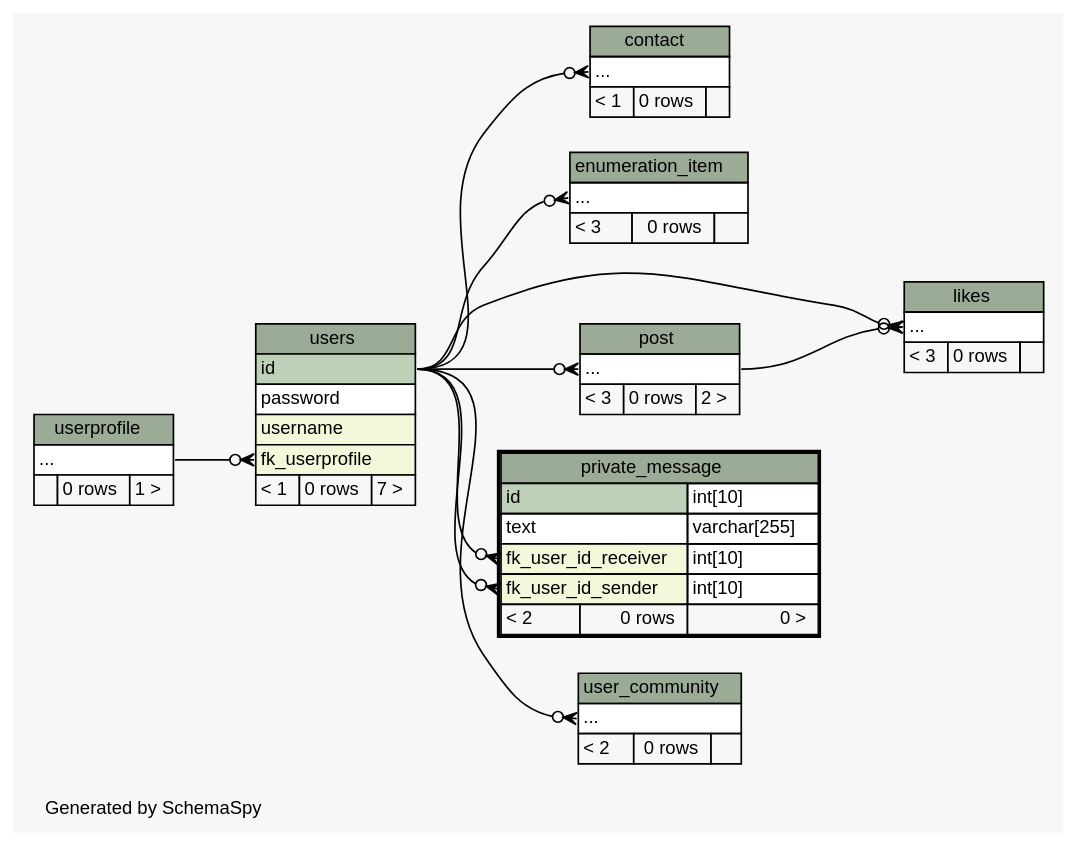
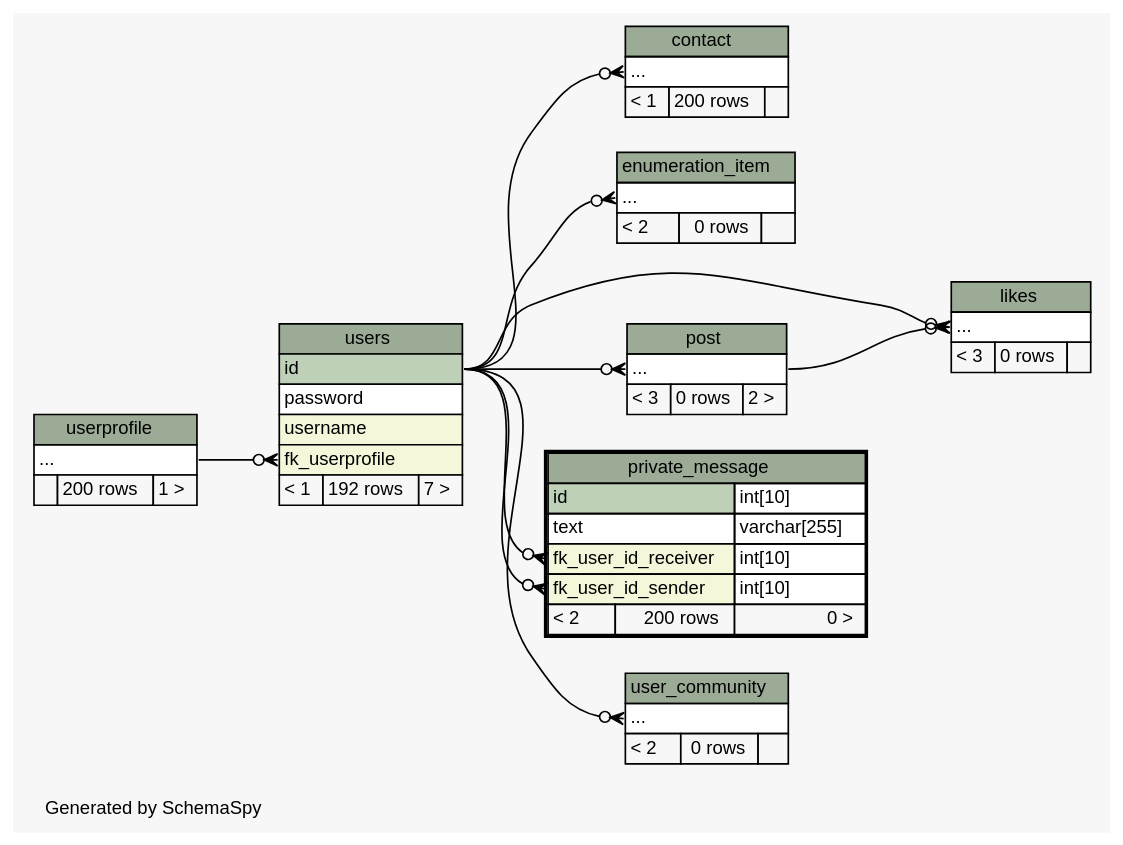
Before and after one commit to chr-krenn/chr-krenn-fhj-ws2017-sd17-pse: the diagram in doc/db_schema/diagrams/private_message.2degrees.dot, drawn with Graphviz. The commit also changed 72 other files, not shown here.

```diff
--- a/doc/db_schema/diagrams/private_message.2degrees.dot
+++ b/doc/db_schema/diagrams/private_message.2degrees.dot
@@ -1,117 +1,117 @@
 // dot 2.40.1 on Linux 4.12.5-300.fc26.x86_64
 // SchemaSpy rev 590
 digraph "twoDegreesRelationshipsDiagram" {
   graph [
     rankdir="RL"
     bgcolor="#f7f7f7"
     label="\nGenerated by SchemaSpy"
     labeljust="l"
     nodesep="0.18"
     ranksep="0.46"
     fontname="Helvetica"
     fontsize="11"
   ];
   node [
     fontname="Helvetica"
     fontsize="11"
     shape="plaintext"
   ];
   edge [
     arrowsize="0.8"
   ];
   "contact":"elipses":w -> "users":"id":e [arrowhead=none dir=back arrowtail=crowodot];
   "enumeration_item":"elipses":w -> "users":"id":e [arrowhead=none dir=back arrowtail=crowodot];
   "likes":"elipses":w -> "post":"elipses":e [arrowhead=none dir=back arrowtail=crowodot];
   "likes":"elipses":w -> "users":"id":e [arrowhead=none dir=back arrowtail=crowodot];
   "post":"elipses":w -> "users":"id":e [arrowhead=none dir=back arrowtail=crowodot];
   "private_message":"fk_user_id_receiver":w -> "users":"id":e [arrowhead=none dir=back arrowtail=crowodot];
   "private_message":"fk_user_id_sender":w -> "users":"id":e [arrowhead=none dir=back arrowtail=crowodot];
   "user_community":"elipses":w -> "users":"id":e [arrowhead=none dir=back arrowtail=crowodot];
   "users":"fk_userprofile":w -> "userprofile":"elipses":e [arrowhead=none dir=back arrowtail=crowodot];
   "contact" [
     label=<
     <TABLE BORDER="0" CELLBORDER="1" CELLSPACING="0" BGCOLOR="#ffffff">
       <TR><TD COLSPAN="3" BGCOLOR="#9bab96" ALIGN="CENTER">contact</TD></TR>
       <TR><TD PORT="elipses" COLSPAN="3" ALIGN="LEFT">...</TD></TR>
-      <TR><TD ALIGN="LEFT" BGCOLOR="#f7f7f7">&lt; 1</TD><TD ALIGN="RIGHT" BGCOLOR="#f7f7f7">0 rows</TD><TD ALIGN="RIGHT" BGCOLOR="#f7f7f7">  </TD></TR>
+      <TR><TD ALIGN="LEFT" BGCOLOR="#f7f7f7">&lt; 1</TD><TD ALIGN="RIGHT" BGCOLOR="#f7f7f7">200 rows</TD><TD ALIGN="RIGHT" BGCOLOR="#f7f7f7">  </TD></TR>
     </TABLE>>
     URL="contact.html"
     tooltip="contact"
   ];
   "enumeration_item" [
     label=<
     <TABLE BORDER="0" CELLBORDER="1" CELLSPACING="0" BGCOLOR="#ffffff">
       <TR><TD COLSPAN="3" BGCOLOR="#9bab96" ALIGN="CENTER">enumeration_item</TD></TR>
       <TR><TD PORT="elipses" COLSPAN="3" ALIGN="LEFT">...</TD></TR>
-      <TR><TD ALIGN="LEFT" BGCOLOR="#f7f7f7">&lt; 3</TD><TD ALIGN="RIGHT" BGCOLOR="#f7f7f7">0 rows</TD><TD ALIGN="RIGHT" BGCOLOR="#f7f7f7">  </TD></TR>
+      <TR><TD ALIGN="LEFT" BGCOLOR="#f7f7f7">&lt; 2</TD><TD ALIGN="RIGHT" BGCOLOR="#f7f7f7">0 rows</TD><TD ALIGN="RIGHT" BGCOLOR="#f7f7f7">  </TD></TR>
     </TABLE>>
     URL="enumeration_item.html"
     tooltip="enumeration_item"
   ];
   "likes" [
     label=<
     <TABLE BORDER="0" CELLBORDER="1" CELLSPACING="0" BGCOLOR="#ffffff">
       <TR><TD COLSPAN="3" BGCOLOR="#9bab96" ALIGN="CENTER">likes</TD></TR>
       <TR><TD PORT="elipses" COLSPAN="3" ALIGN="LEFT">...</TD></TR>
       <TR><TD ALIGN="LEFT" BGCOLOR="#f7f7f7">&lt; 3</TD><TD ALIGN="RIGHT" BGCOLOR="#f7f7f7">0 rows</TD><TD ALIGN="RIGHT" BGCOLOR="#f7f7f7">  </TD></TR>
     </TABLE>>
     URL="likes.html"
     tooltip="likes"
   ];
   "post" [
     label=<
     <TABLE BORDER="0" CELLBORDER="1" CELLSPACING="0" BGCOLOR="#ffffff">
       <TR><TD COLSPAN="3" BGCOLOR="#9bab96" ALIGN="CENTER">post</TD></TR>
       <TR><TD PORT="elipses" COLSPAN="3" ALIGN="LEFT">...</TD></TR>
       <TR><TD ALIGN="LEFT" BGCOLOR="#f7f7f7">&lt; 3</TD><TD ALIGN="RIGHT" BGCOLOR="#f7f7f7">0 rows</TD><TD ALIGN="RIGHT" BGCOLOR="#f7f7f7">2 &gt;</TD></TR>
     </TABLE>>
     URL="post.html"
     tooltip="post"
   ];
   "private_message" [
     label=<
     <TABLE BORDER="2" CELLBORDER="1" CELLSPACING="0" BGCOLOR="#ffffff">
       <TR><TD COLSPAN="3" BGCOLOR="#9bab96" ALIGN="CENTER">private_message</TD></TR>
       <TR><TD PORT="id" COLSPAN="2" BGCOLOR="#bed1b8" ALIGN="LEFT">id</TD><TD PORT="id.type" ALIGN="LEFT">int[10]</TD></TR>
       <TR><TD PORT="text" COLSPAN="2" ALIGN="LEFT">text</TD><TD PORT="text.type" ALIGN="LEFT">varchar[255]</TD></TR>
       <TR><TD PORT="fk_user_id_receiver" COLSPAN="2" BGCOLOR="#f4f7da" ALIGN="LEFT">fk_user_id_receiver</TD><TD PORT="fk_user_id_receiver.type" ALIGN="LEFT">int[10]</TD></TR>
       <TR><TD PORT="fk_user_id_sender" COLSPAN="2" BGCOLOR="#f4f7da" ALIGN="LEFT">fk_user_id_sender</TD><TD PORT="fk_user_id_sender.type" ALIGN="LEFT">int[10]</TD></TR>
-      <TR><TD ALIGN="LEFT" BGCOLOR="#f7f7f7">&lt; 2</TD><TD ALIGN="RIGHT" BGCOLOR="#f7f7f7">0 rows</TD><TD ALIGN="RIGHT" BGCOLOR="#f7f7f7">0 &gt;</TD></TR>
+      <TR><TD ALIGN="LEFT" BGCOLOR="#f7f7f7">&lt; 2</TD><TD ALIGN="RIGHT" BGCOLOR="#f7f7f7">200 rows</TD><TD ALIGN="RIGHT" BGCOLOR="#f7f7f7">0 &gt;</TD></TR>
     </TABLE>>
     URL="private_message.html"
     tooltip="private_message"
   ];
   "user_community" [
     label=<
     <TABLE BORDER="0" CELLBORDER="1" CELLSPACING="0" BGCOLOR="#ffffff">
       <TR><TD COLSPAN="3" BGCOLOR="#9bab96" ALIGN="CENTER">user_community</TD></TR>
       <TR><TD PORT="elipses" COLSPAN="3" ALIGN="LEFT">...</TD></TR>
       <TR><TD ALIGN="LEFT" BGCOLOR="#f7f7f7">&lt; 2</TD><TD ALIGN="RIGHT" BGCOLOR="#f7f7f7">0 rows</TD><TD ALIGN="RIGHT" BGCOLOR="#f7f7f7">  </TD></TR>
     </TABLE>>
     URL="user_community.html"
     tooltip="user_community"
   ];
   "userprofile" [
     label=<
     <TABLE BORDER="0" CELLBORDER="1" CELLSPACING="0" BGCOLOR="#ffffff">
       <TR><TD COLSPAN="3" BGCOLOR="#9bab96" ALIGN="CENTER">userprofile</TD></TR>
       <TR><TD PORT="elipses" COLSPAN="3" ALIGN="LEFT">...</TD></TR>
-      <TR><TD ALIGN="LEFT" BGCOLOR="#f7f7f7">  </TD><TD ALIGN="RIGHT" BGCOLOR="#f7f7f7">0 rows</TD><TD ALIGN="RIGHT" BGCOLOR="#f7f7f7">1 &gt;</TD></TR>
+      <TR><TD ALIGN="LEFT" BGCOLOR="#f7f7f7">  </TD><TD ALIGN="RIGHT" BGCOLOR="#f7f7f7">200 rows</TD><TD ALIGN="RIGHT" BGCOLOR="#f7f7f7">1 &gt;</TD></TR>
     </TABLE>>
     URL="userprofile.html"
     tooltip="userprofile"
   ];
   "users" [
     label=<
     <TABLE BORDER="0" CELLBORDER="1" CELLSPACING="0" BGCOLOR="#ffffff">
       <TR><TD COLSPAN="3" BGCOLOR="#9bab96" ALIGN="CENTER">users</TD></TR>
       <TR><TD PORT="id" COLSPAN="3" BGCOLOR="#bed1b8" ALIGN="LEFT">id</TD></TR>
       <TR><TD PORT="password" COLSPAN="3" ALIGN="LEFT">password</TD></TR>
       <TR><TD PORT="username" COLSPAN="3" BGCOLOR="#f4f7da" ALIGN="LEFT">username</TD></TR>
       <TR><TD PORT="fk_userprofile" COLSPAN="3" BGCOLOR="#f4f7da" ALIGN="LEFT">fk_userprofile</TD></TR>
-      <TR><TD ALIGN="LEFT" BGCOLOR="#f7f7f7">&lt; 1</TD><TD ALIGN="RIGHT" BGCOLOR="#f7f7f7">0 rows</TD><TD ALIGN="RIGHT" BGCOLOR="#f7f7f7">7 &gt;</TD></TR>
+      <TR><TD ALIGN="LEFT" BGCOLOR="#f7f7f7">&lt; 1</TD><TD ALIGN="RIGHT" BGCOLOR="#f7f7f7">192 rows</TD><TD ALIGN="RIGHT" BGCOLOR="#f7f7f7">7 &gt;</TD></TR>
     </TABLE>>
     URL="users.html"
     tooltip="users"
   ];
 }
```
